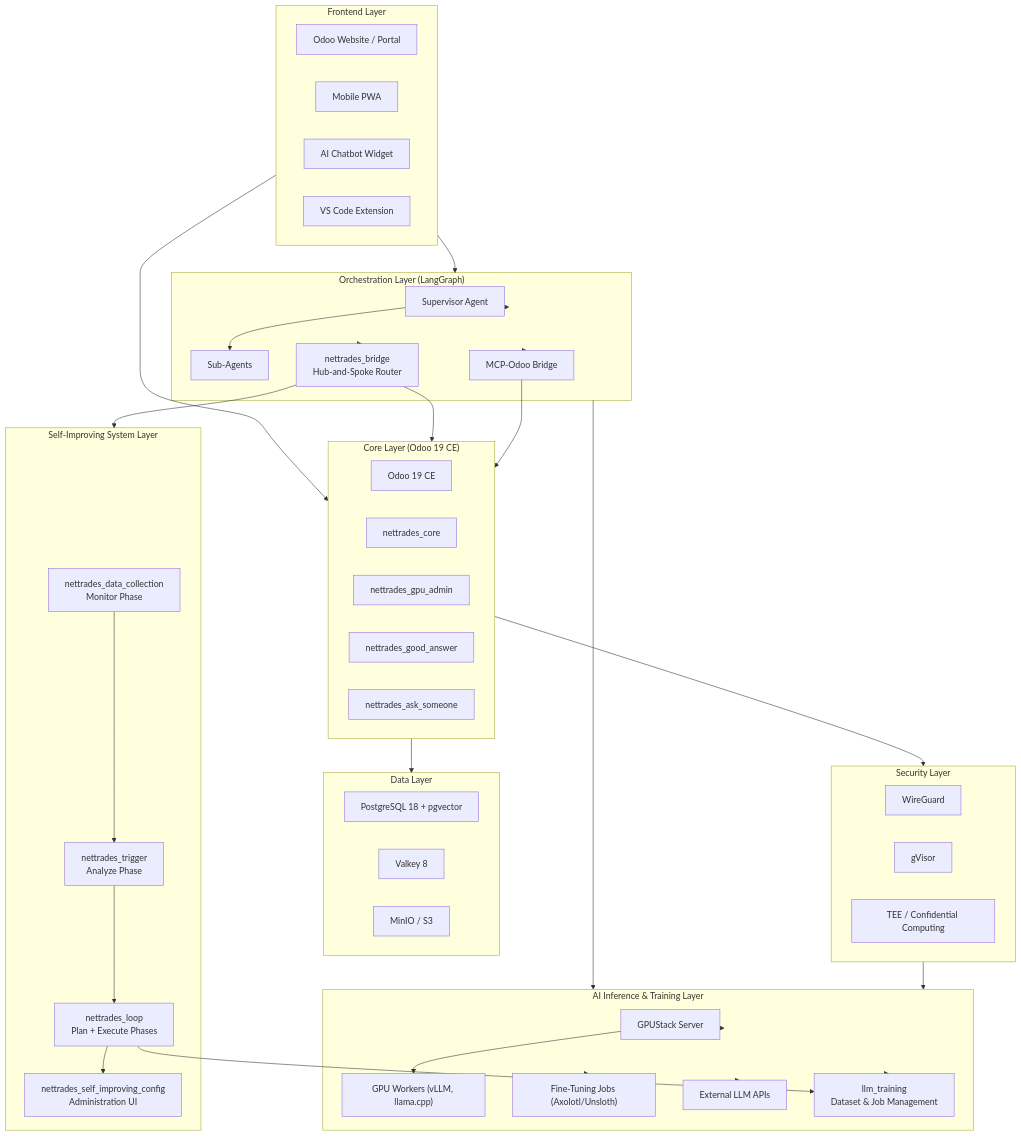
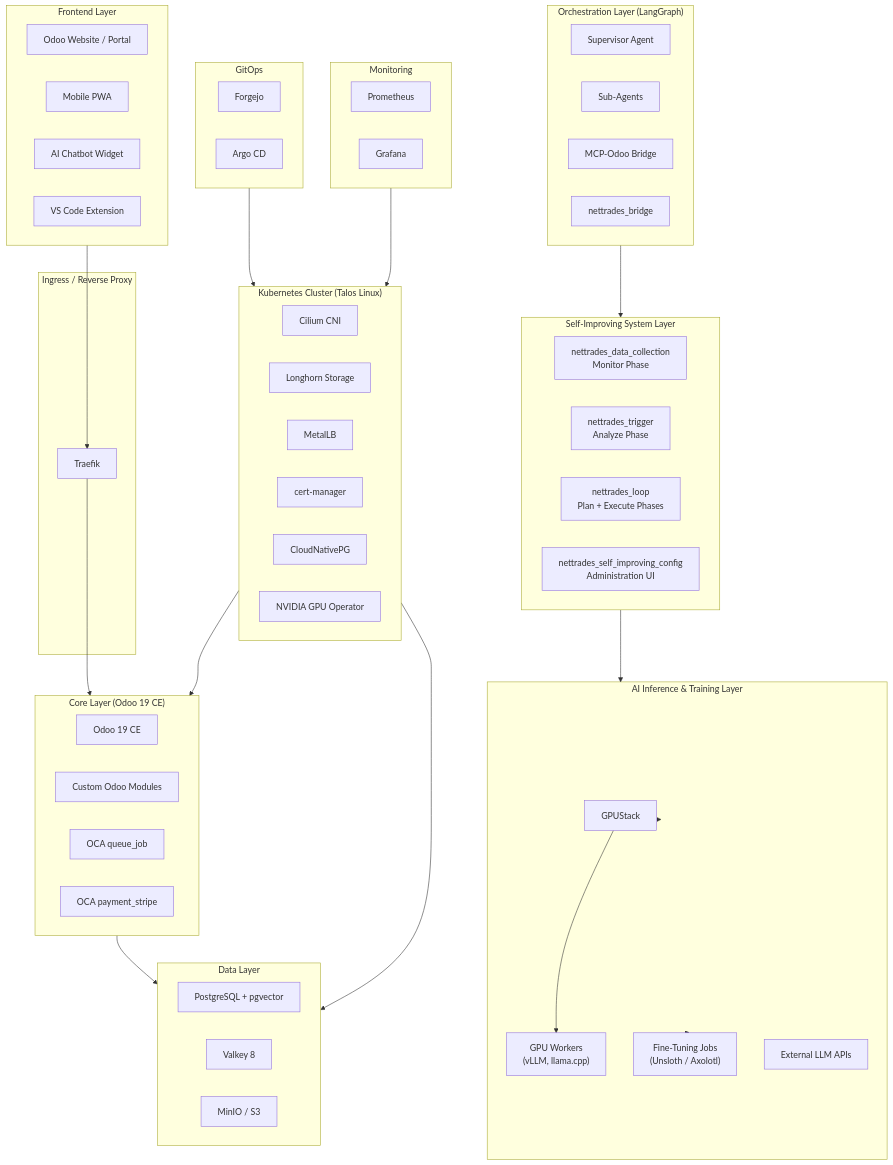
Before and after one commit to nettrades/nettrades-platform: the first of 16 diagrams in README.md, drawn with Mermaid. The commit also changed other lines of this file, not shown here.

````diff
--- a/README.md
+++ b/README.md
@@ -98,69 +128,77 @@
 ```mermaid
 graph TB
     subgraph Frontend["Frontend Layer"]
         Web["Odoo Website / Portal"]
         PWA["Mobile PWA"]
         ChatWidget["AI Chatbot Widget"]
         VSCode["VS Code Extension"]
     end
 
+    subgraph Ingress["Ingress / Reverse Proxy"]
+        Traefik["Traefik"]
+    end
+
     subgraph Integration["Orchestration Layer (LangGraph)"]
         Supervisor["Supervisor Agent"]
         Agents["Sub-Agents"]
         MCP["MCP-Odoo Bridge"]
-        Bridge["nettrades_bridge<br>Hub-and-Spoke Router"]
-    end
-
-    subgraph AI["AI Inference & Training Layer"]
-        GPUStack["GPUStack Server"]
-        Workers["GPU Workers (vLLM, llama.cpp)"]
-        FineTune["Fine-Tuning Jobs (Axolotl/Unsloth)"]
-        External["External LLM APIs"]
-        Training["llm_training<br>Dataset & Job Management"]
+        Bridge["nettrades_bridge"]
     end
 
     subgraph SelfImproving["Self-Improving System Layer"]
-        DataCollection["nettrades_data_collection<br>Monitor Phase"]
-        Trigger["nettrades_trigger<br>Analyze Phase"]
-        Loop["nettrades_loop<br>Plan + Execute Phases"]
-        Config["nettrades_self_improving_config<br>Administration UI"]
+        DataCollection["nettrades_data_collection\nMonitor Phase"]
+        Trigger["nettrades_trigger\nAnalyze Phase"]
+        Loop["nettrades_loop\nPlan + Execute Phases"]
+        Config["nettrades_self_improving_config\nAdministration UI"]
+    end
+
+    subgraph Training["AI Inference & Training Layer"]
+        GPUStack["GPUStack"]
+        Workers["GPU Workers\n(vLLM, llama.cpp)"]
+        FineTune["Fine-Tuning Jobs\n(Unsloth / Axolotl)"]
+        External["External LLM APIs"]
     end
 
     subgraph Core["Core Layer (Odoo 19 CE)"]
         Odoo["Odoo 19 CE"]
-        CoreModules["nettrades_core"]
-        GPUAdmin["nettrades_gpu_admin"]
-        GoodAnswer["nettrades_good_answer"]
-        AskSomeone["nettrades_ask_someone"]
+        Modules["Custom Odoo Modules"]
+        Queue["OCA queue_job"]
+        Payments["OCA payment_stripe"]
     end
 
     subgraph Data["Data Layer"]
-        PG["PostgreSQL 18 + pgvector"]
+        PG["PostgreSQL + pgvector"]
         Valkey["Valkey 8"]
         S3["MinIO / S3"]
     end
 
-    subgraph Security["Security Layer"]
-        WG["WireGuard"]
-        gVisor["gVisor"]
-        TEE["TEE / Confidential Computing"]
+    subgraph K8s["Kubernetes Cluster (Talos Linux)"]
+        Cilium["Cilium CNI"]
+        Longhorn["Longhorn Storage"]
+        MetalLB["MetalLB"]
+        certmgr["cert-manager"]
+        CloudNativePG["CloudNativePG"]
+        GPUOp["NVIDIA GPU Operator"]
     end
 
-    Frontend --> Core
-    Frontend --> Integration
-    Integration --> Bridge --> Core
-    Integration --> Supervisor --> Agents
-    Integration --> MCP --> Core
-    Integration --> AI
-    AI --> GPUStack --> Workers
-    AI --> FineTune
-    AI --> External
-    AI --> Training
+    subgraph GitOps["GitOps"]
+        Forgejo["Forgejo"]
+        ArgoCD["Argo CD"]
+    end
+
+    subgraph Monitoring["Monitoring"]
+        Prometheus["Prometheus"]
+        Grafana["Grafana"]
+    end
+
+    Frontend --> Traefik --> Core
+    Integration --> SelfImproving --> Training
+    Training --> GPUStack --> Workers
+    Training --> FineTune
     Core --> Data
-    Core --> Security
-    Security --> AI
-    Bridge --> SelfImproving
-    DataCollection --> Trigger --> Loop --> Config
-    Loop --> Training
+    K8s --> Core
+    K8s --> Data
+    GitOps --> K8s
+    Monitoring --> K8s
     
 ```
````
